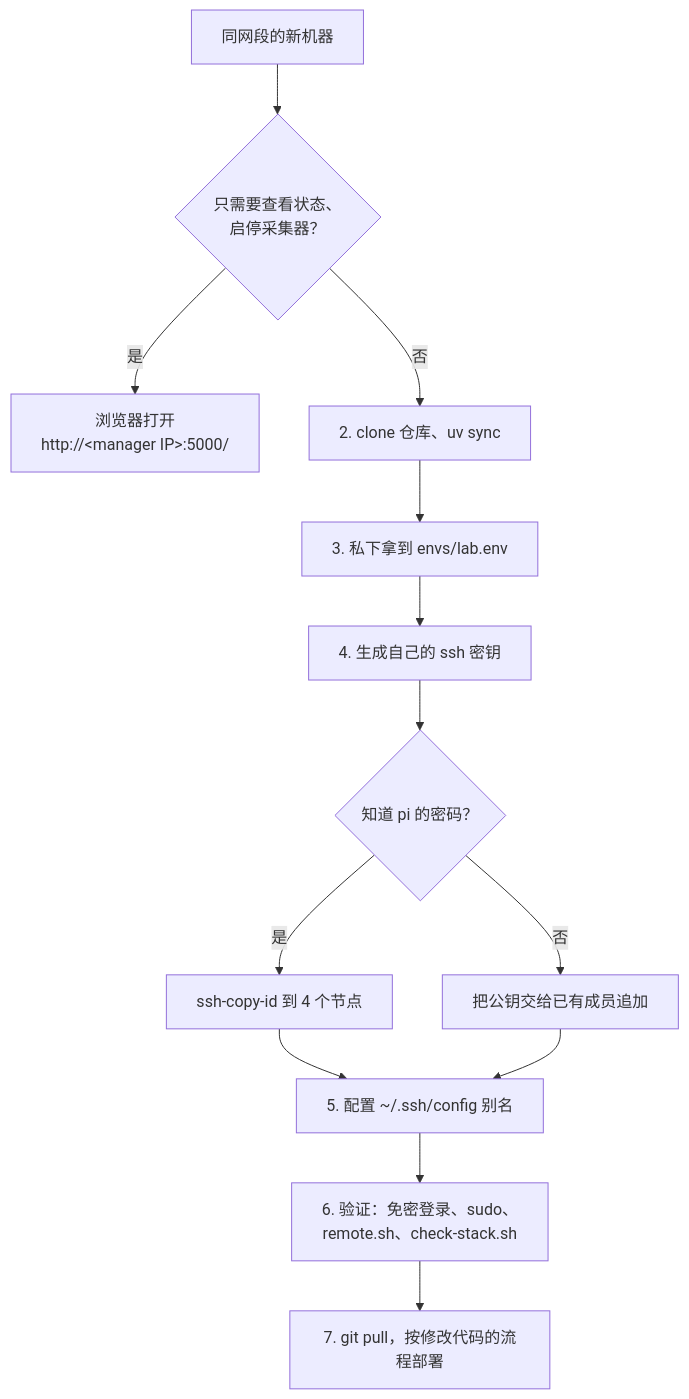
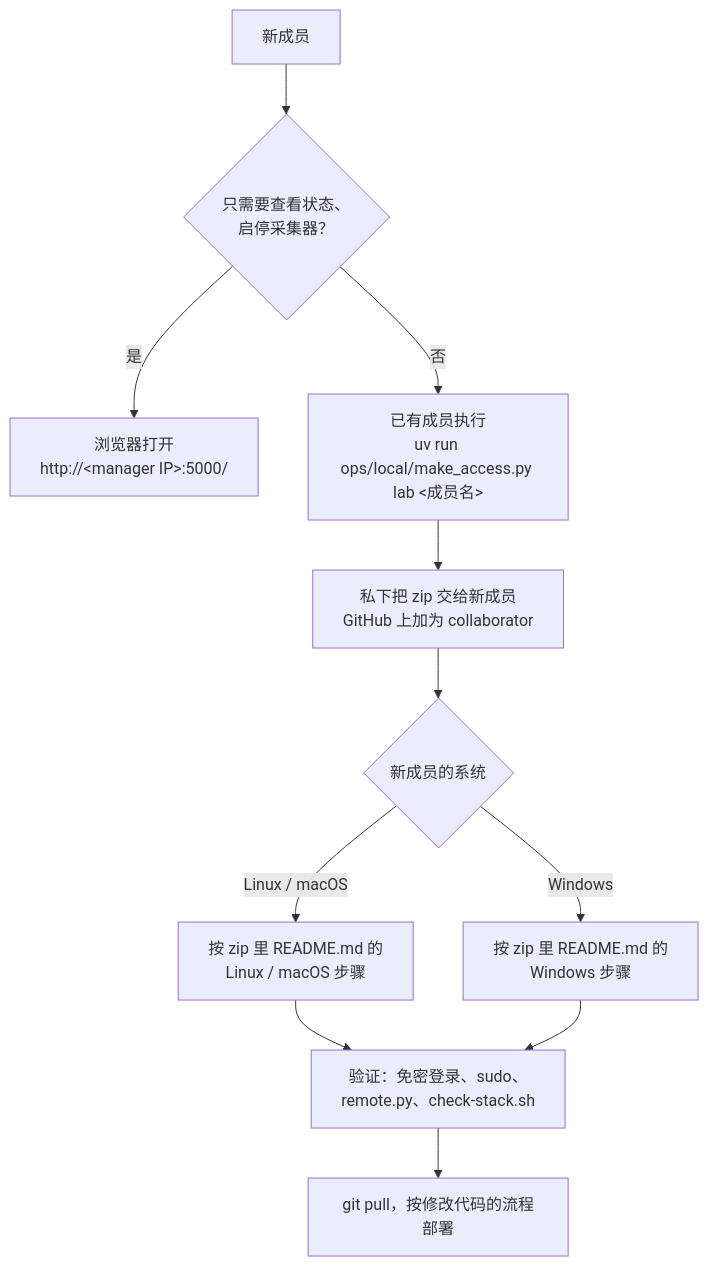
One commit to Wk-P/swarm-lb changed the second of 3 diagrams in README.md. Above: the diagram before and after it, drawn with Mermaid. The commit also changed other lines of this file and 61 other files, not shown here.

````diff
--- a/README.md
+++ b/README.md
@@ -84,15 +110,13 @@
 ```mermaid
 flowchart TD
-  A["同网段的新机器"] --> B{"只需要查看状态、<br>启停采集器？"}
+  A["新成员"] --> B{"只需要查看状态、<br>启停采集器？"}
   B -- 是 --> UI["浏览器打开<br>http://&lt;manager IP&gt;:5000/"]
-  B -- 否 --> C["2. clone 仓库、uv sync"]
-  C --> D["3. 私下拿到 envs/lab.env"]
-  D --> E["4. 生成自己的 ssh 密钥"]
-  E --> F{"知道 pi 的密码？"}
-  F -- 是 --> G["ssh-copy-id 到 4 个节点"]
-  F -- 否 --> H["把公钥交给已有成员追加"]
-  G --> I["5. 配置 ~/.ssh/config 别名"]
-  H --> I
-  I --> J["6. 验证：免密登录、sudo、<br>remote.sh、check-stack.sh"]
-  J --> K["7. git pull，按修改代码的流程部署"]
+  B -- 否 --> C["已有成员执行<br>uv run ops/local/make_access.py lab &lt;成员名&gt;"]
+  C --> D["私下把 zip 交给新成员<br>GitHub 上加为 collaborator"]
+  D --> E{"新成员的系统"}
+  E -- "Linux / macOS" --> F["按 zip 里 README.md 的<br>Linux / macOS 步骤"]
+  E -- Windows --> G["按 zip 里 README.md 的<br>Windows 步骤"]
+  F --> H["验证：免密登录、sudo、<br>remote.py、check-stack.sh"]
+  G --> H
+  H --> K["git pull，按修改代码的流程部署"]
 ```
````
